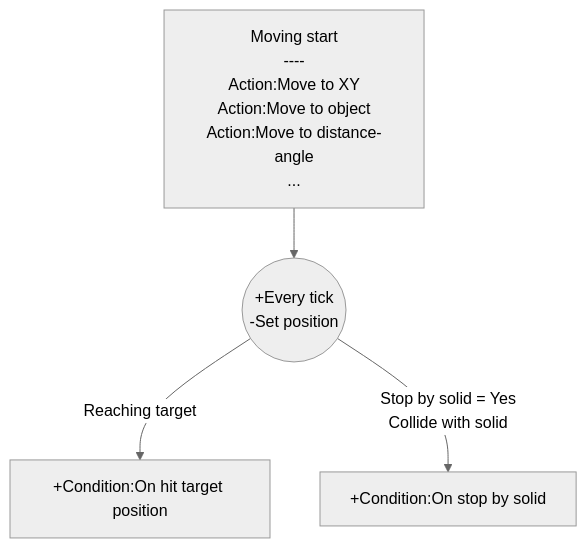
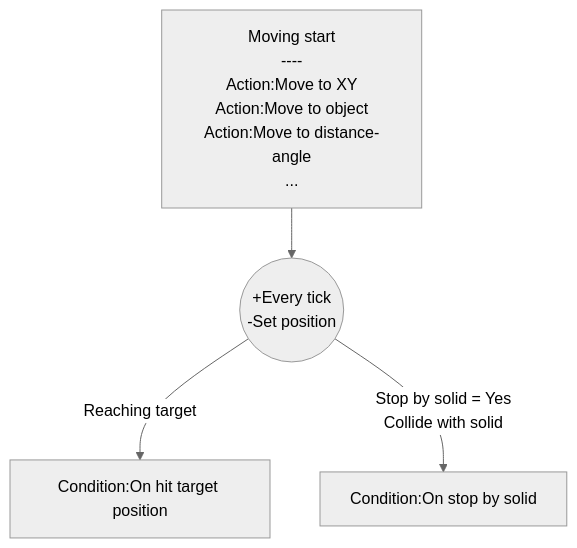
The diagram in plugins.md/rex_moveto.md (rexrainbow/C2RexDoc), drawn with Mermaid (neutral theme) before and after one commit. The commit also changed other lines of this file and 6 other files, not shown here.

````diff
--- a/plugins.md/rex_moveto.md
+++ b/plugins.md/rex_moveto.md
@@ -27,6 +26,6 @@
 ```mermaid
 graph TB
 Start["Moving start<br>----<br>Action:Move to XY<br>Action:Move to object<br>Action:Move to distance-angle<br>..."] --> Moving((+Every tick<br>-Set position))
-Moving --> |Reaching target| OnHitTarget["+Condition:On hit target position"]
-Moving --> |"Stop by solid = Yes<br>Collide with solid"| OnHitSolid["+Condition:On stop by solid"]
+Moving --> |Reaching target| OnHitTarget["Condition:On hit target position"]
+Moving --> |"Stop by solid = Yes<br>Collide with solid"| OnHitSolid["Condition:On stop by solid"]
 ```
````
